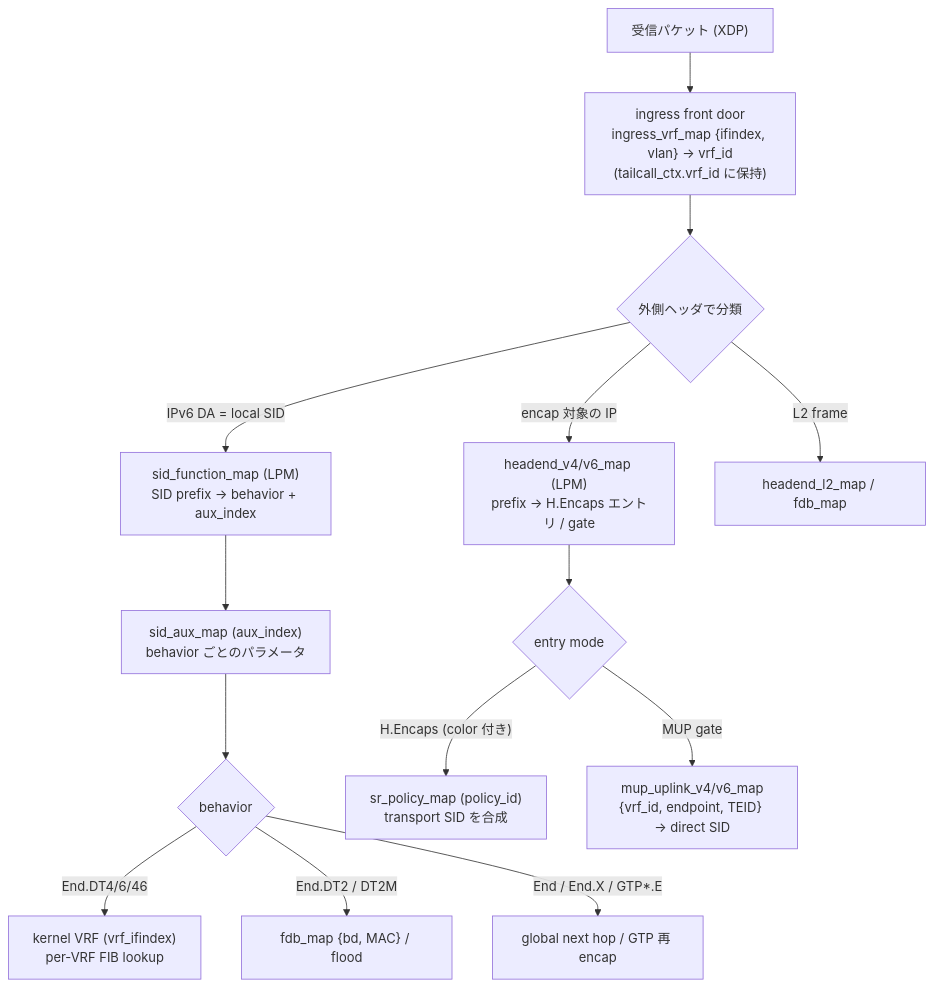
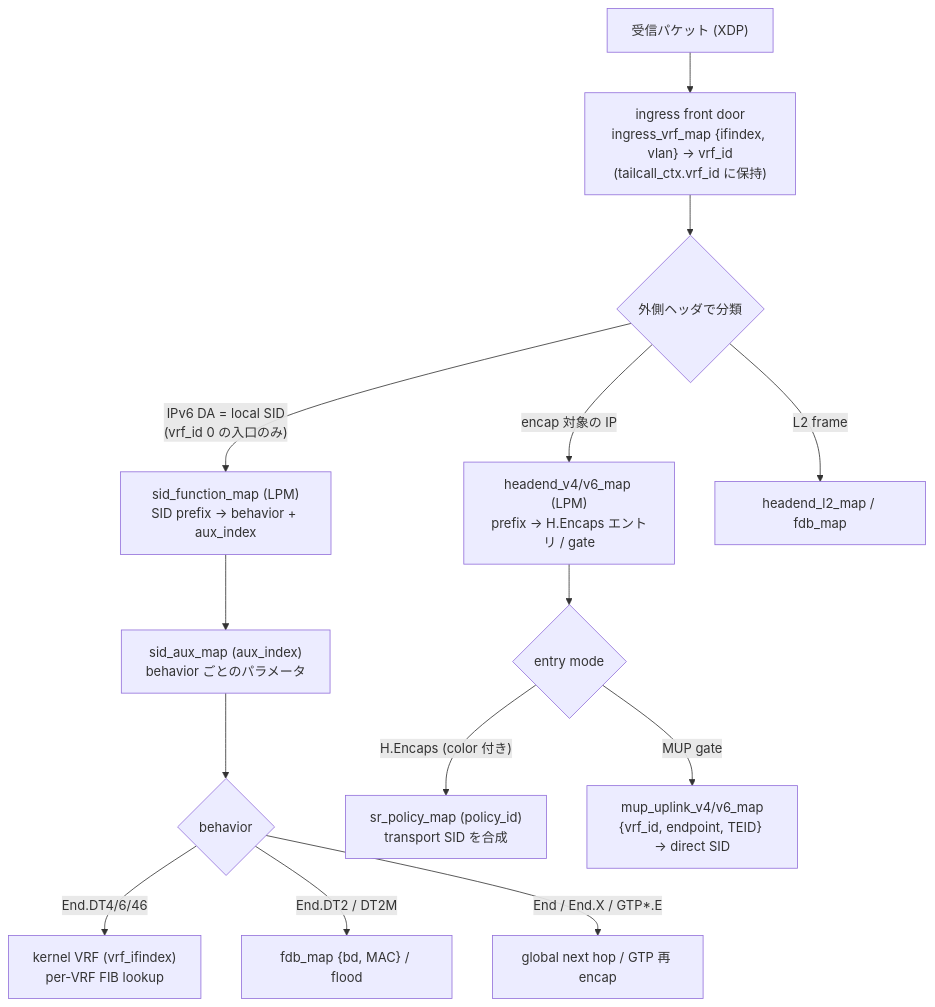
One commit to takehaya/Vinbero changed the diagram in docs/design/ja/forwarding_model.md. Above: the diagram before and after it, drawn with Mermaid. The commit also changed other lines of this file and 10 other files, not shown here.

First line of the commit message:
fix(bpf): look up local SIDs only for packets from the global VRF

````diff
--- a/docs/design/ja/forwarding_model.md
+++ b/docs/design/ja/forwarding_model.md
@@ -17,21 +17,21 @@
 ```mermaid
 flowchart TD
     PKT["受信パケット (XDP)"]
     FD["ingress front door<br/>ingress_vrf_map {ifindex, vlan} → vrf_id<br/>(tailcall_ctx.vrf_id に保持)"]
     Q{"外側ヘッダで分類"}
     PKT --> FD
     FD --> Q
-    Q -->|"IPv6 DA = local SID"| SIDT["sid_function_map (LPM)<br/>SID prefix → behavior + aux_index"]
+    Q -->|"IPv6 DA = local SID<br/>(vrf_id 0 の入口のみ)"| SIDT["sid_function_map (LPM)<br/>SID prefix → behavior + aux_index"]
     Q -->|"encap 対象の IP"| HE["headend_v4/v6_map (LPM)<br/>prefix → H.Encaps エントリ / gate"]
     Q -->|"L2 frame"| L2["headend_l2_map / fdb_map"]
 
     SIDT --> AUX["sid_aux_map (aux_index)<br/>behavior ごとのパラメータ"]
     AUX --> BHV{"behavior"}
     BHV -->|"End.DT4/6/46"| KVRF["kernel VRF (vrf_ifindex)<br/>per-VRF FIB lookup"]
     BHV -->|"End.DT2 / DT2M"| BD["fdb_map {bd, MAC} / flood"]
     BHV -->|"End / End.X / GTP*.E"| GLOB["global next hop / GTP 再 encap"]
 
     HE --> HEK{"entry mode"}
     HEK -->|"H.Encaps (color 付き)"| SRP["sr_policy_map (policy_id)<br/>transport SID を合成"]
     HEK -->|"MUP gate"| FTE["mup_uplink_v4/v6_map<br/>{vrf_id, endpoint, TEID} → direct SID"]
 ```
````
